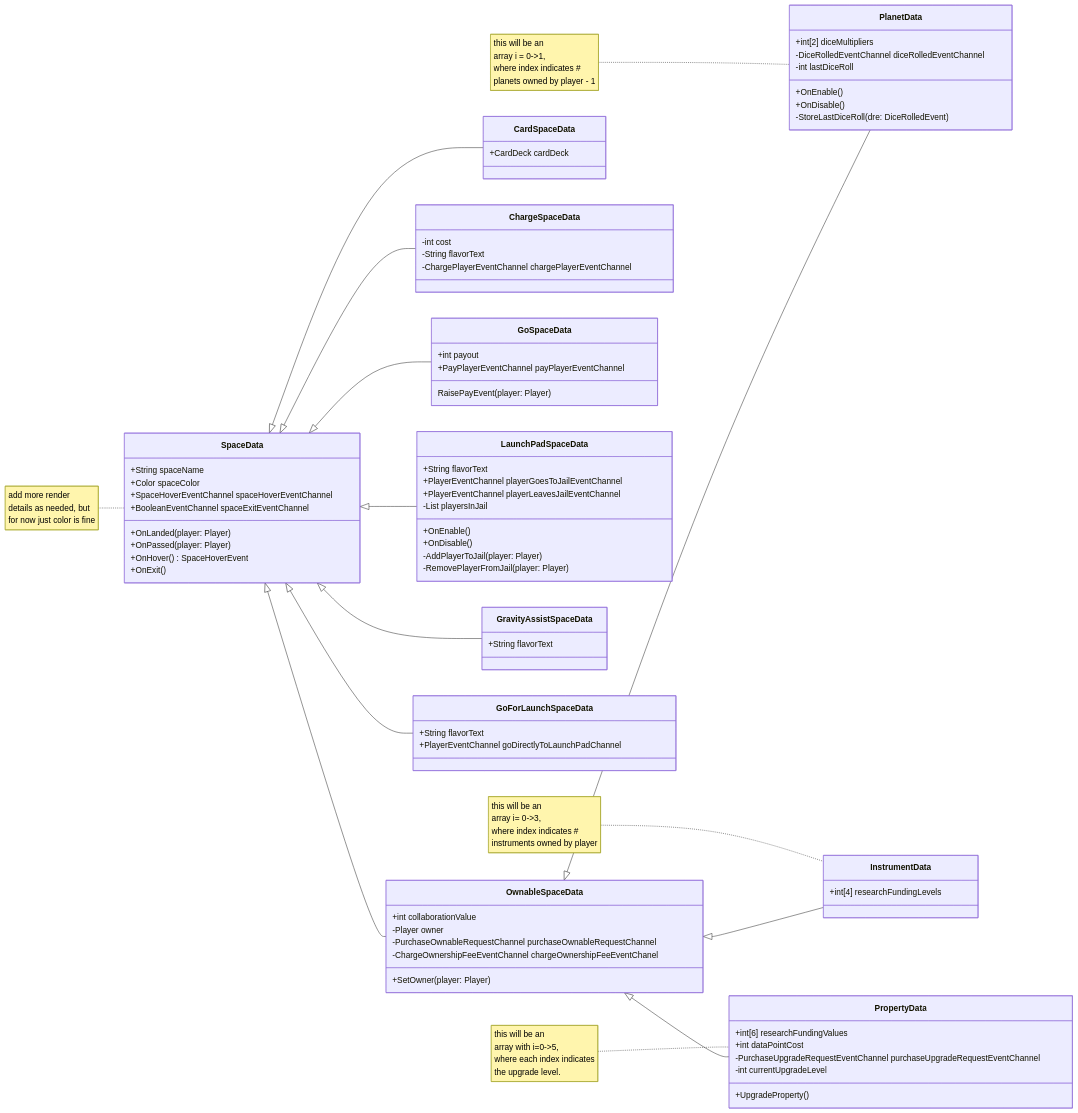
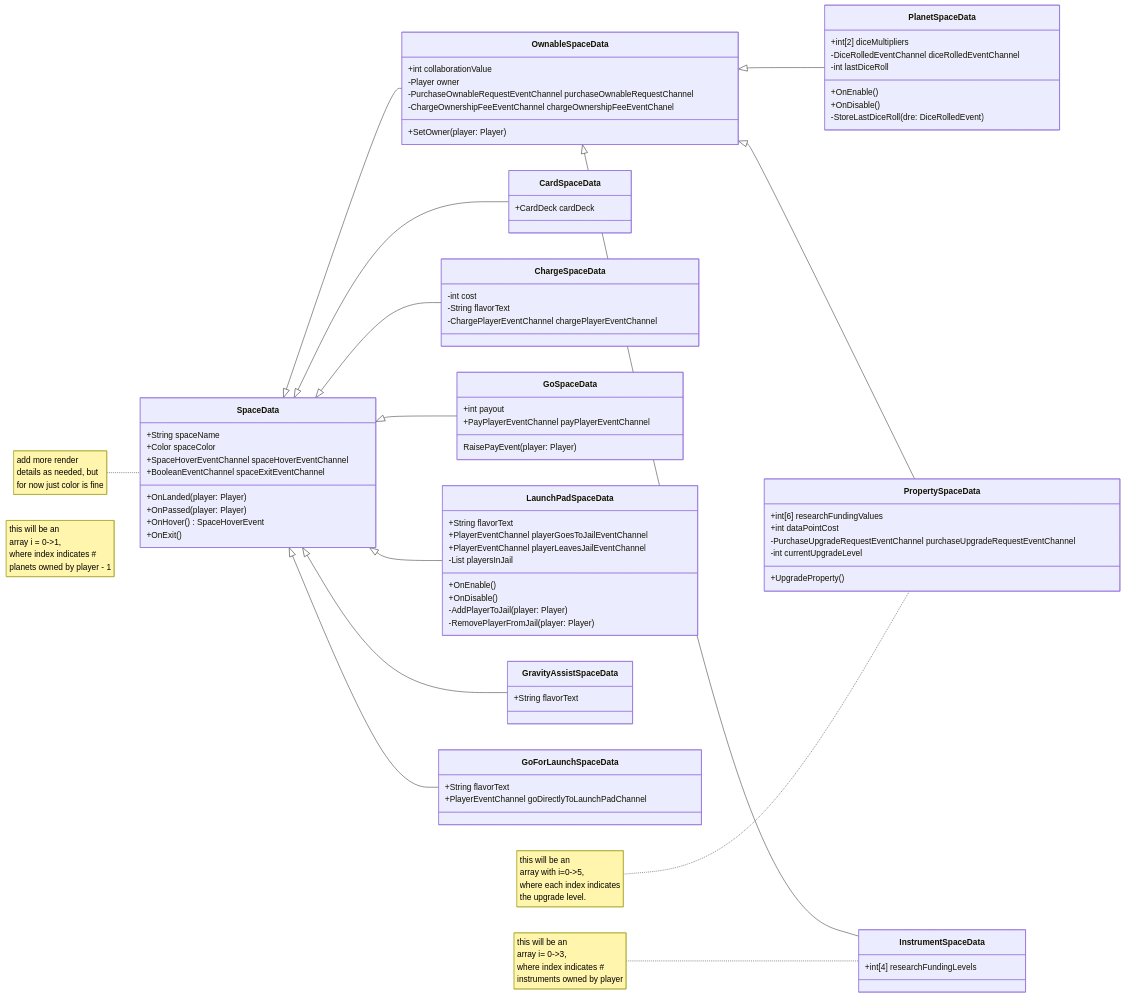
One commit to missiontopsyche-platinum/platinum_24a_game_psycheopoly-se changed the diagram in Assets/Scripts/Data/SpaceData/SpaceData-Hierarchy.mmd. Above: the diagram before and after it, drawn with Mermaid. The commit also changed 15 other files, not shown here.

Commit message:
US322 T332 Refactors BoardManager/Renderer, SpaceRenderer to use SpaceData

```diff
--- a/Assets/Scripts/Data/SpaceData/SpaceData-Hierarchy.mmd
+++ b/Assets/Scripts/Data/SpaceData/SpaceData-Hierarchy.mmd
@@ -1,108 +1,108 @@
 ---
 config:
     class:
         hideEmptyMembersBox: true
 ---
 classDiagram
     direction LR
     
     note for SpaceData  "add more render
                         details as needed, but
                         for now just color is fine"
     class SpaceData{
         +String spaceName
         +Color spaceColor
         +SpaceHoverEventChannel spaceHoverEventChannel
         +BooleanEventChannel spaceExitEventChannel
         +OnLanded(player: Player)
         +OnPassed(player: Player)
         +OnHover() SpaceHoverEvent
         +OnExit()
     }
     class OwnableSpaceData{
         +int collaborationValue
         -Player owner
-        -PurchaseOwnableRequestChannel purchaseOwnableRequestChannel
+        -PurchaseOwnableRequestEventChannel purchaseOwnableRequestChannel
         -ChargeOwnershipFeeEventChannel chargeOwnershipFeeEventChanel
         +SetOwner(player: Player)
     }
     
-    note for PropertyData       "this will be an
+    note for PropertySpaceData       "this will be an
                                 array with i=0->5,
                                 where each index indicates
                                 the upgrade level."
-    class PropertyData{
+    class PropertySpaceData{
         +int[6] researchFundingValues
         +int dataPointCost
         -PurchaseUpgradeRequestEventChannel purchaseUpgradeRequestEventChannel
         -int currentUpgradeLevel
         +UpgradeProperty()
     }
     
     note for PlanetData         "this will be an
                                 array i = 0->1,
                                 where index indicates # 
                                 planets owned by player - 1"
-    class PlanetData{
+    class PlanetSpaceData{
         +int[2] diceMultipliers
         -DiceRolledEventChannel diceRolledEventChannel
         -int lastDiceRoll
         +OnEnable()
         +OnDisable()
         -StoreLastDiceRoll(dre: DiceRolledEvent)
     }
     
-    note for InstrumentData     "this will be an
+    note for InstrumentSpaceData     "this will be an
                                 array i= 0->3,
                                 where index indicates #
                                 instruments owned by player"
-    class InstrumentData{
+    class InstrumentSpaceData{
         +int[4] researchFundingLevels
     }
     
     class CardSpaceData{
         +CardDeck cardDeck
     }
     
     class ChargeSpaceData{
         -int cost
         -String flavorText
         -ChargePlayerEventChannel chargePlayerEventChannel
     }
     
     class GoSpaceData{
         +int payout
         +PayPlayerEventChannel payPlayerEventChannel
         RaisePayEvent(player: Player)
     }
     %% I could have another base class for flavor text spaces
     %% but its literally the only common variable between like types
     %% so that seems like massive overkill.
     class LaunchPadSpaceData {
         +String flavorText
         +PlayerEventChannel playerGoesToJailEventChannel
         +PlayerEventChannel playerLeavesJailEventChannel
         -List<Player> playersInJail
         +OnEnable()
         +OnDisable()
         -AddPlayerToJail(player: Player)
         -RemovePlayerFromJail(player: Player)
     }
     class GravityAssistSpaceData {
         +String flavorText
     }
     class GoForLaunchSpaceData {
         +String flavorText
         +PlayerEventChannel goDirectlyToLaunchPadChannel
     }
 
     SpaceData <|-- ChargeSpaceData
     SpaceData <|-- GoSpaceData
     SpaceData <|-- GoForLaunchSpaceData
     SpaceData <|-- GravityAssistSpaceData
     SpaceData <|-- LaunchPadSpaceData
     SpaceData <|-- CardSpaceData
     SpaceData <|-- OwnableSpaceData
-    OwnableSpaceData <|-- PlanetData
-    OwnableSpaceData <|-- InstrumentData
-    OwnableSpaceData <|-- PropertyData
+    OwnableSpaceData <|-- PlanetSpaceData
+    OwnableSpaceData <|-- InstrumentSpaceData
+    OwnableSpaceData <|-- PropertySpaceData
```
